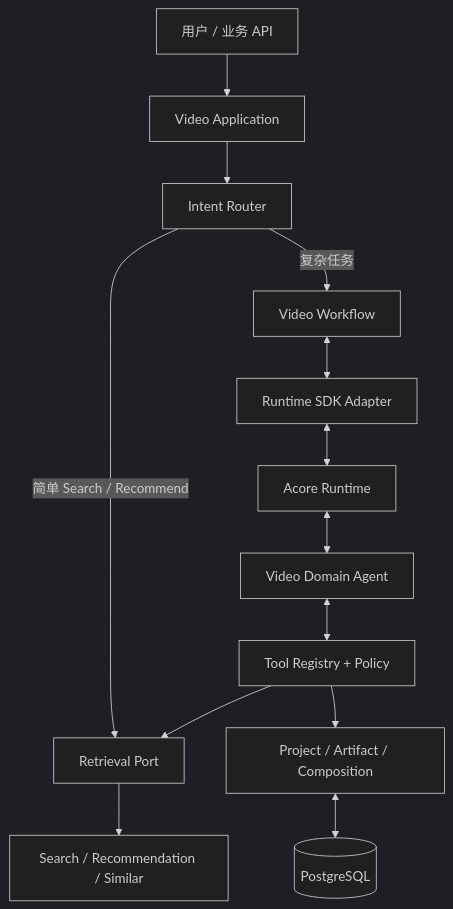
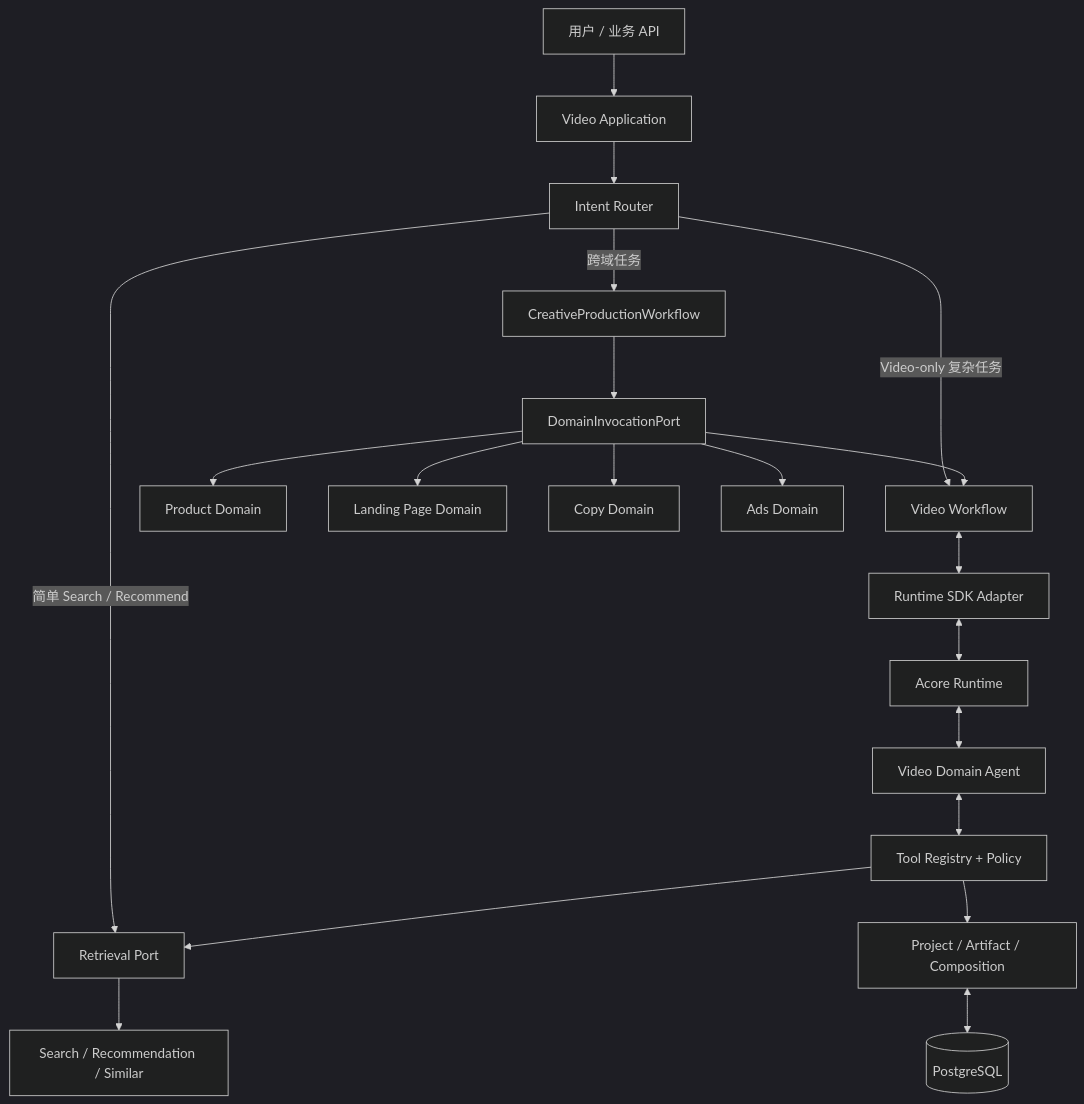
One commit to human-cosmos/search-rec-docs changed the first of 3 diagrams in 00_架构设计总纲.md. Above: the diagram before and after it, drawn with Mermaid (dark theme). The commit also changed other lines of this file and 12 other files, not shown here.

````diff
--- a/00_架构设计总纲.md
+++ b/00_架构设计总纲.md
@@ -11,15 +11,22 @@
 ```mermaid
 flowchart TB
   U[用户 / 业务 API] --> APP[Video Application]
   APP --> ROUTER[Intent Router]
   ROUTER -->|简单 Search / Recommend| PORT[Retrieval Port]
-  ROUTER -->|复杂任务| WF[Video Workflow]
-  WF <--> SDK[Runtime SDK Adapter]
+  ROUTER -->|Video-only 复杂任务| VWF[Video Workflow]
+  ROUTER -->|跨域任务| CWF[CreativeProductionWorkflow]
+  CWF --> DIP[DomainInvocationPort]
+  DIP --> PRODUCT[Product Domain]
+  DIP --> LANDING[Landing Page Domain]
+  DIP --> COPY[Copy Domain]
+  DIP --> ADS[Ads Domain]
+  DIP --> VWF
+  VWF <--> SDK[Runtime SDK Adapter]
   SDK <--> RT[Acore Runtime]
   RT <--> AGENT[Video Domain Agent]
   AGENT <--> TOOLS[Tool Registry + Policy]
   TOOLS --> PORT
   TOOLS --> DOMAIN[Project / Artifact / Composition]
   PORT --> MOCK[Search / Recommendation / Similar]
   DOMAIN <--> DB[(PostgreSQL)]
 ```
````
